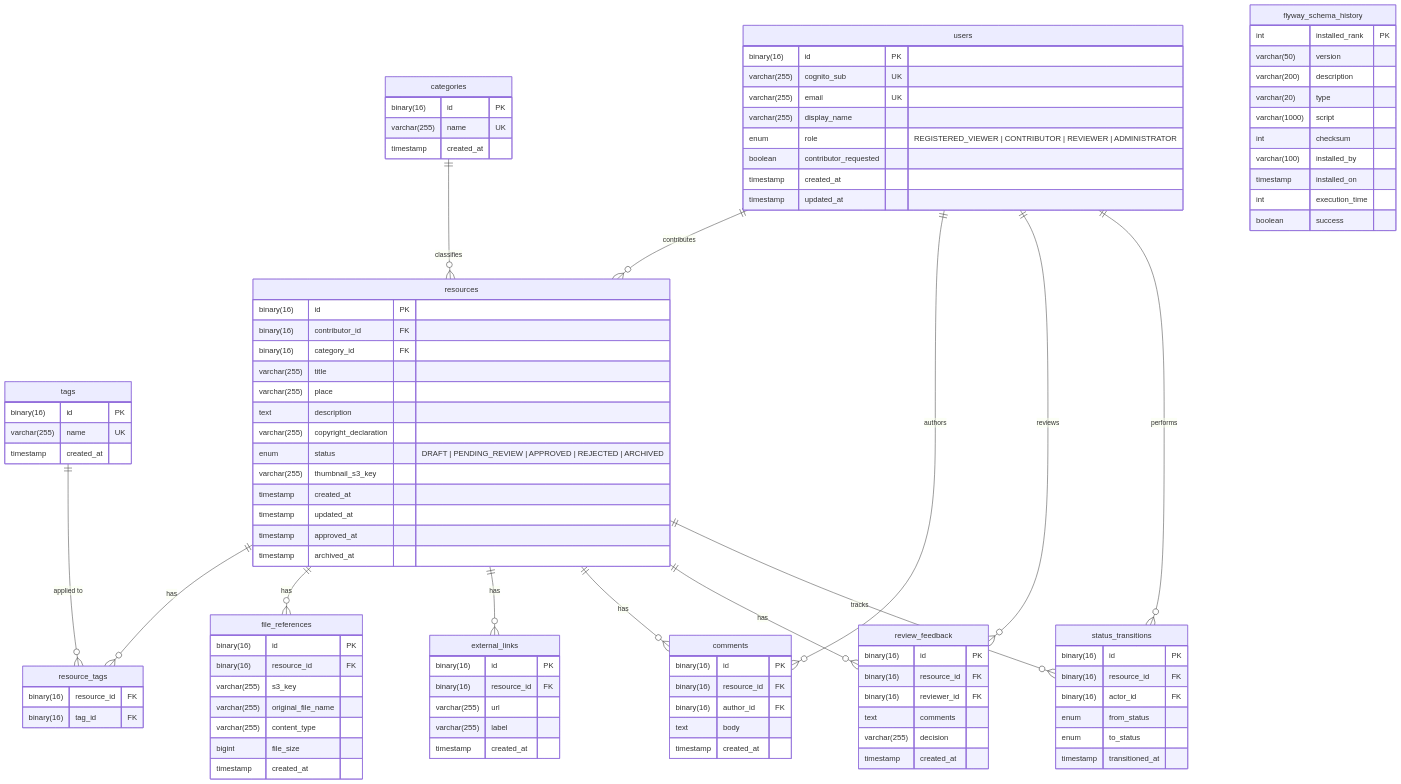
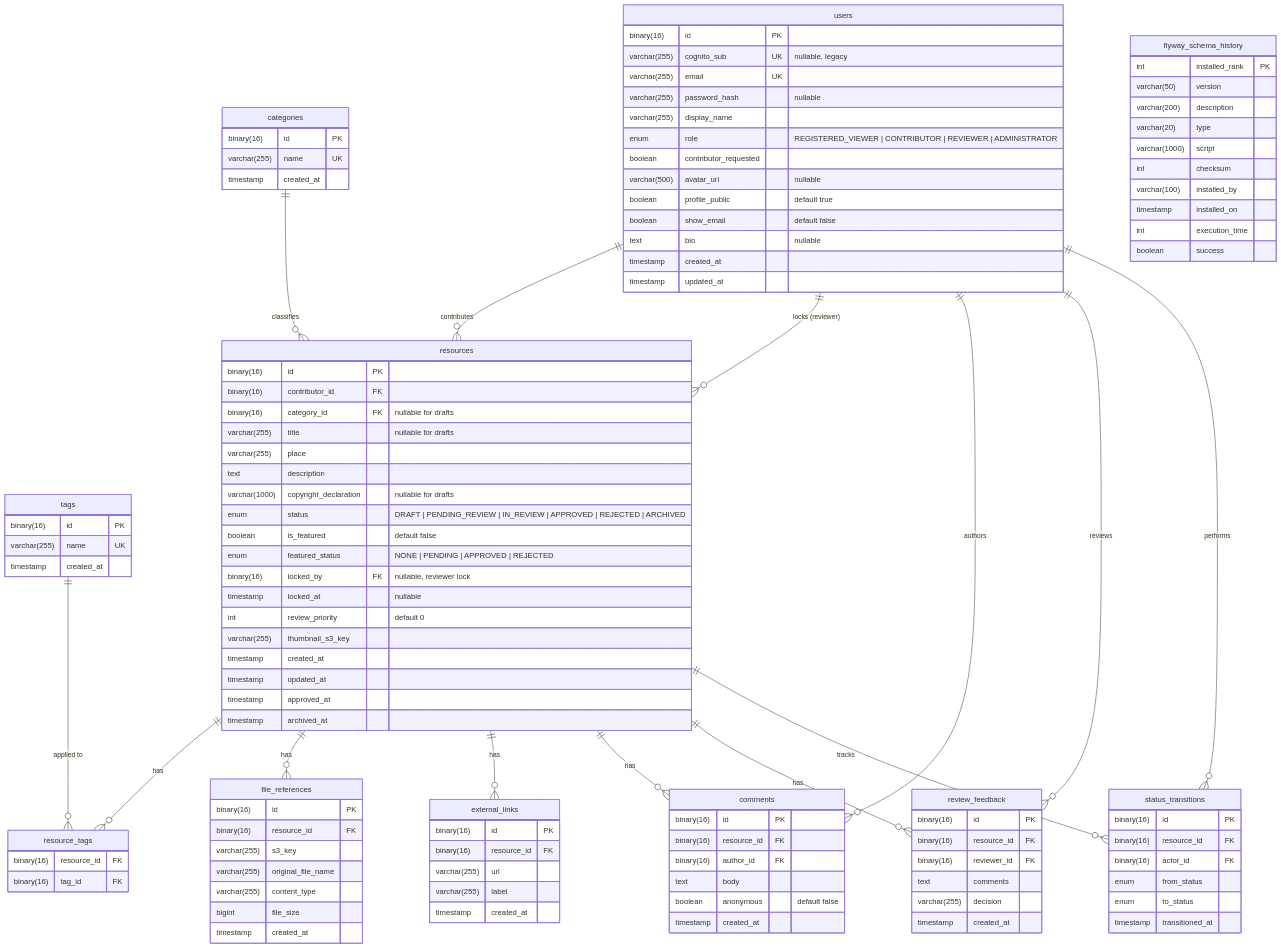
Before and after one commit to Alex-jjh/heritage-resource-platform: the diagram in docs/er-diagram.md, drawn with Mermaid.

Commit message:
docs: update ER diagram to reflect all V1-V6 migrations
- users: add password_hash, avatar_url, profile_public, show_email, bio
- resources: add is_featured, featured_status, locked_by, locked_at, review_priority; status enum includes IN_REVIEW; title/category_id/copyright nullable for drafts
- comments: add anonymous field
- Add users-resources lock relationship

```diff
--- a/docs/er-diagram.md
+++ b/docs/er-diagram.md
@@ -4,11 +4,16 @@
 erDiagram
     users {
         binary(16) id PK
-        varchar(255) cognito_sub UK
+        varchar(255) cognito_sub UK "nullable, legacy"
         varchar(255) email UK
+        varchar(255) password_hash "nullable"
         varchar(255) display_name
         enum role "REGISTERED_VIEWER | CONTRIBUTOR | REVIEWER | ADMINISTRATOR"
         boolean contributor_requested
+        varchar(500) avatar_url "nullable"
+        boolean profile_public "default true"
+        boolean show_email "default false"
+        text bio "nullable"
         timestamp created_at
         timestamp updated_at
     }
@@ -28,12 +33,17 @@
     resources {
         binary(16) id PK
         binary(16) contributor_id FK
-        binary(16) category_id FK
-        varchar(255) title
+        binary(16) category_id FK "nullable for drafts"
+        varchar(255) title "nullable for drafts"
         varchar(255) place
         text description
-        varchar(255) copyright_declaration
-        enum status "DRAFT | PENDING_REVIEW | APPROVED | REJECTED | ARCHIVED"
+        varchar(1000) copyright_declaration "nullable for drafts"
+        enum status "DRAFT | PENDING_REVIEW | IN_REVIEW | APPROVED | REJECTED | ARCHIVED"
+        boolean is_featured "default false"
+        enum featured_status "NONE | PENDING | APPROVED | REJECTED"
+        binary(16) locked_by FK "nullable, reviewer lock"
+        timestamp locked_at "nullable"
+        int review_priority "default 0"
         varchar(255) thumbnail_s3_key
         timestamp created_at
         timestamp updated_at
@@ -69,6 +79,7 @@
         binary(16) resource_id FK
         binary(16) author_id FK
         text body
+        boolean anonymous "default false"
         timestamp created_at
     }
 
@@ -104,6 +115,7 @@
     }
 
     users ||--o{ resources : "contributes"
+    users ||--o{ resources : "locks (reviewer)"
     categories ||--o{ resources : "classifies"
     resources ||--o{ resource_tags : "has"
     tags ||--o{ resource_tags : "applied to"
```
